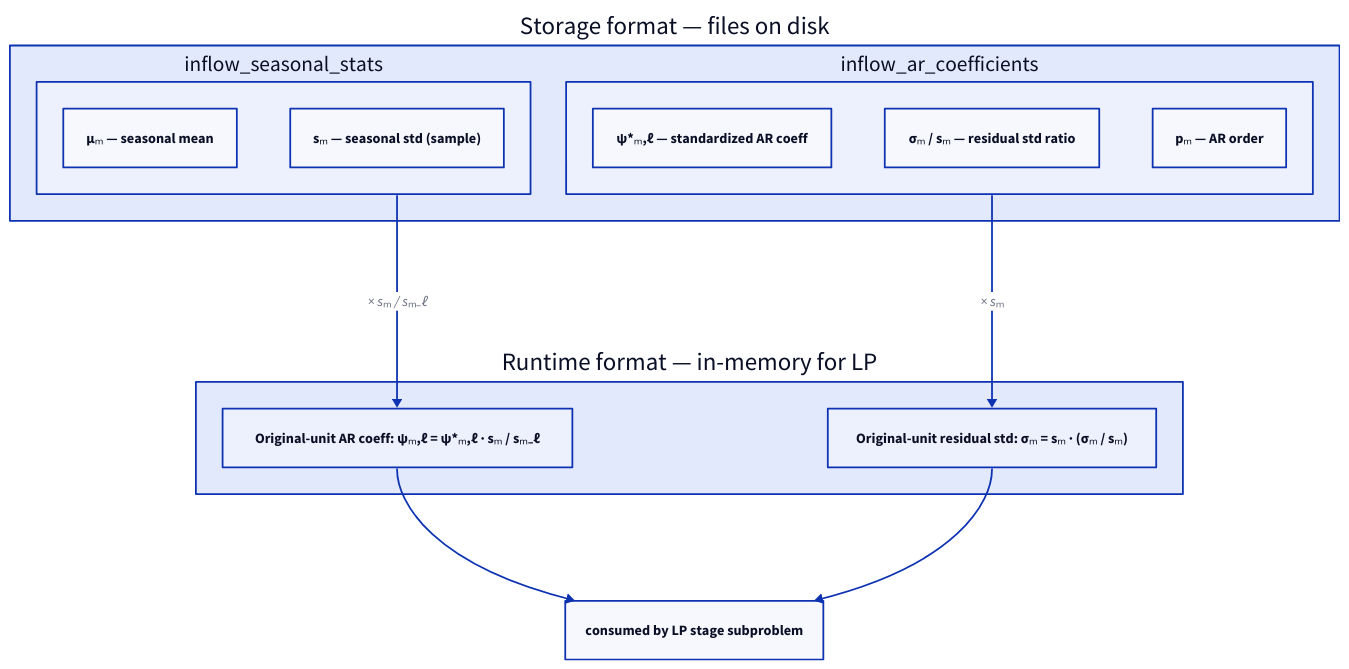
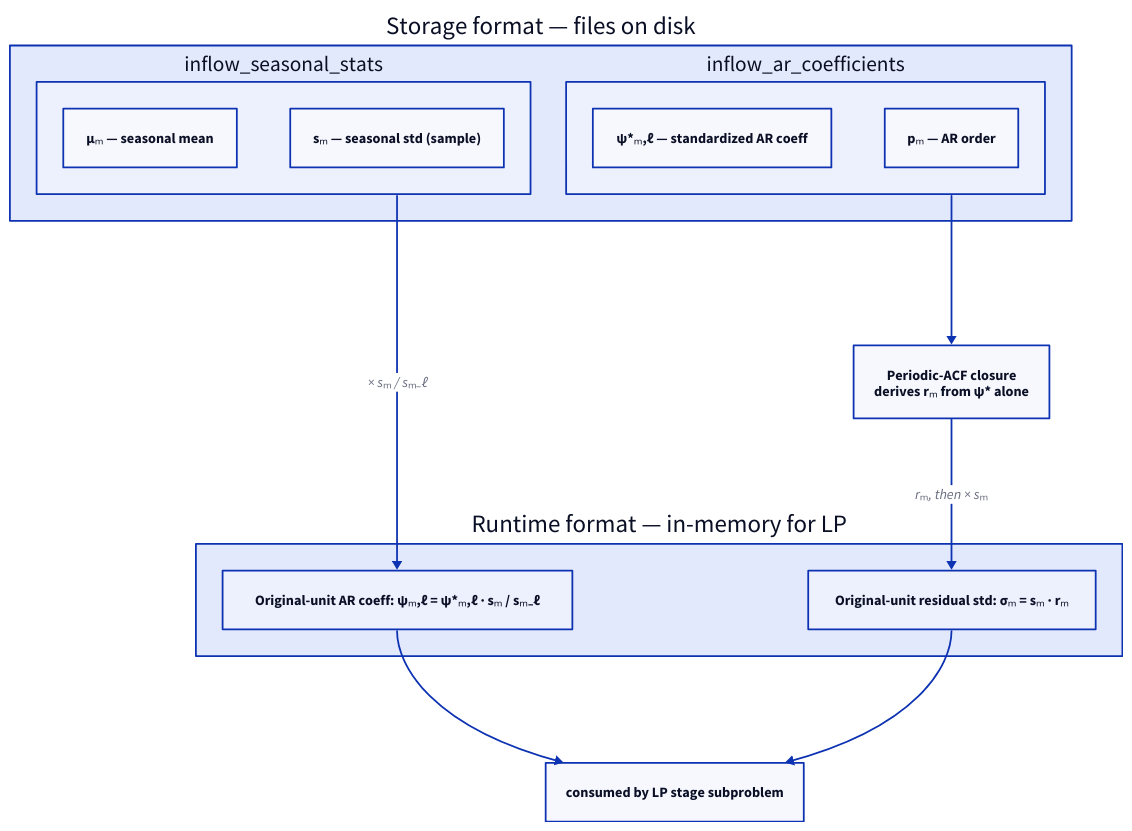
One commit to cobre-rs/cobre-docs changed the diagram in src/content/docs/math/par-inflow-model.mdx. Above: the diagram before and after it, drawn with D2. The commit also changed other lines of this file and 4 other files, not shown here.

First line of the commit message:
docs: retire residual_std_ratio from the PAR corpus

````diff
--- a/src/content/docs/math/par-inflow-model.mdx
+++ b/src/content/docs/math/par-inflow-model.mdx
@@ -73,27 +75,29 @@
 ```d2
 direction: down
 
 storage: "Storage format — files on disk" {
   stats: "inflow_seasonal_stats" {
     f1: "μₘ  —  seasonal mean"
     f2: "sₘ  —  seasonal std (sample)"
   }
   arcoef: "inflow_ar_coefficients" {
     f1: "ψ*ₘ,ℓ  —  standardized AR coeff"
-    f2: "σₘ / sₘ  —  residual std ratio"
-    f3: "pₘ  —  AR order"
+    f2: "pₘ  —  AR order"
   }
 }
 
+closure: "Periodic-ACF closure\nderives rₘ from ψ* alone"
+
 runtime: "Runtime format — in-memory for LP" {
   psi: "Original-unit AR coeff:  ψₘ,ℓ = ψ*ₘ,ℓ · sₘ / sₘ₋ℓ"
-  sigma: "Original-unit residual std:  σₘ = sₘ · (σₘ / sₘ)"
+  sigma: "Original-unit residual std:  σₘ = sₘ · rₘ"
 }
 
 lp: "consumed by LP stage subproblem"
 
 storage.stats -> runtime.psi: "× sₘ / sₘ₋ℓ"
-storage.arcoef -> runtime.sigma: "× sₘ"
+storage.arcoef -> closure
+closure -> runtime.sigma: "rₘ, then × sₘ"
 runtime.psi -> lp
 runtime.sigma -> lp
 ```
````
